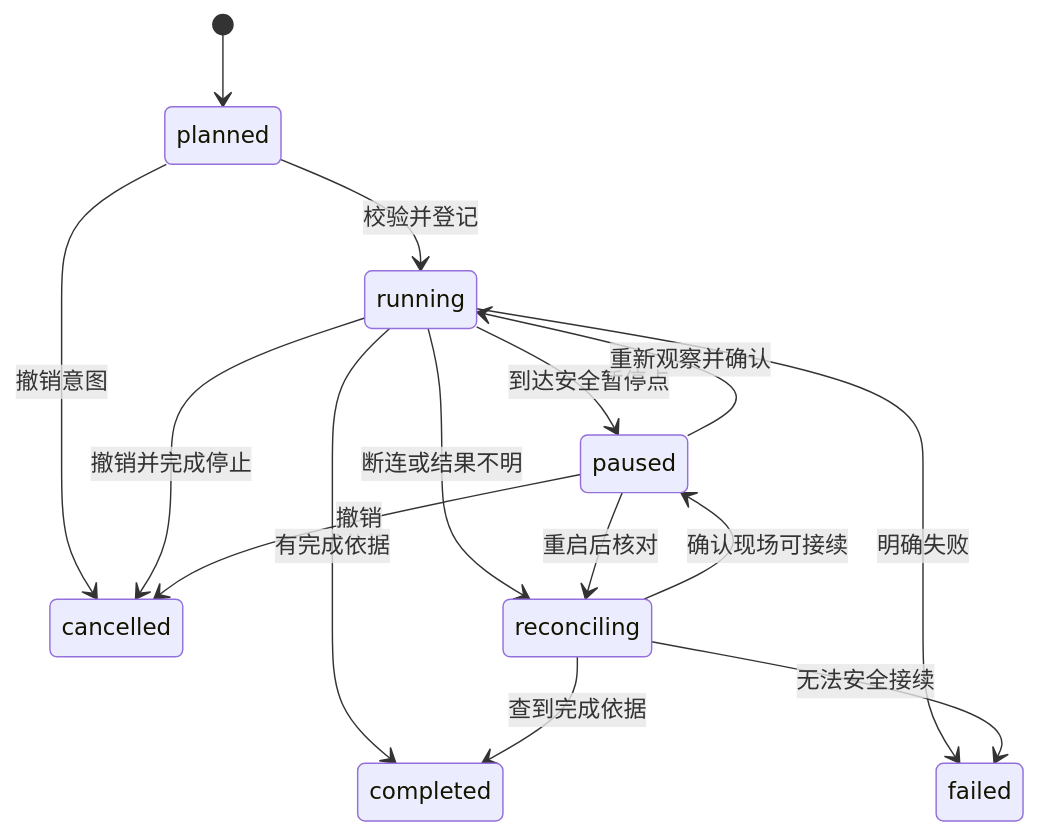
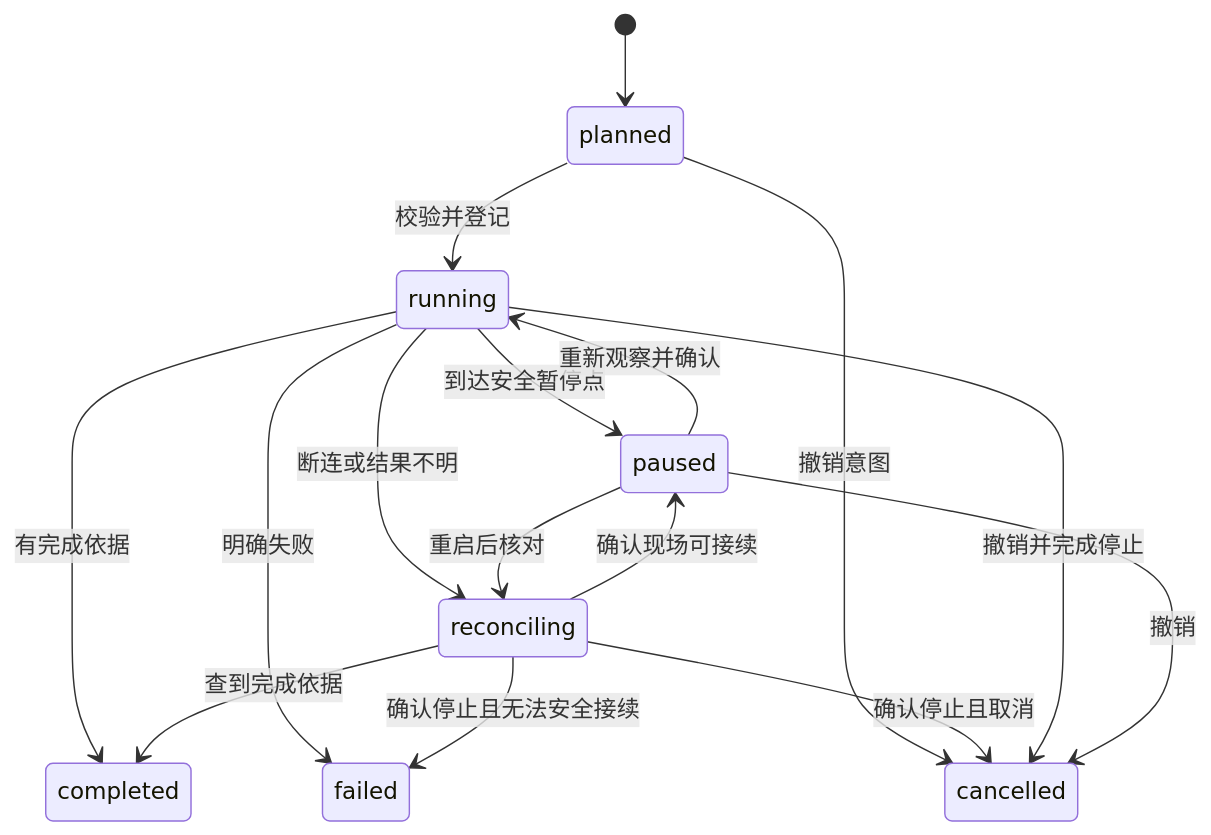
The second of 2 diagrams in docs/guides/AUTONOMOUS_CHARACTER.md (AnAntInGZ/qq-bridge), drawn with Mermaid before and after one commit. The commit also changed other lines of this file and 20 other files, not shown here.

````diff
--- a/docs/guides/AUTONOMOUS_CHARACTER.md
+++ b/docs/guides/AUTONOMOUS_CHARACTER.md
@@ -129,17 +166,18 @@
 ```mermaid
 stateDiagram-v2
   [*] --> planned
   planned --> running: 校验并登记
   planned --> cancelled: 撤销意图
   running --> paused: 到达安全暂停点
   paused --> running: 重新观察并确认
   running --> completed: 有完成依据
   running --> failed: 明确失败
   running --> reconciling: 断连或结果不明
   paused --> reconciling: 重启后核对
   reconciling --> paused: 确认现场可接续
   reconciling --> completed: 查到完成依据
-  reconciling --> failed: 无法安全接续
+  reconciling --> failed: 确认停止且无法安全接续
+  reconciling --> cancelled: 确认停止且取消
   running --> cancelled: 撤销并完成停止
   paused --> cancelled: 撤销
 ```
````
